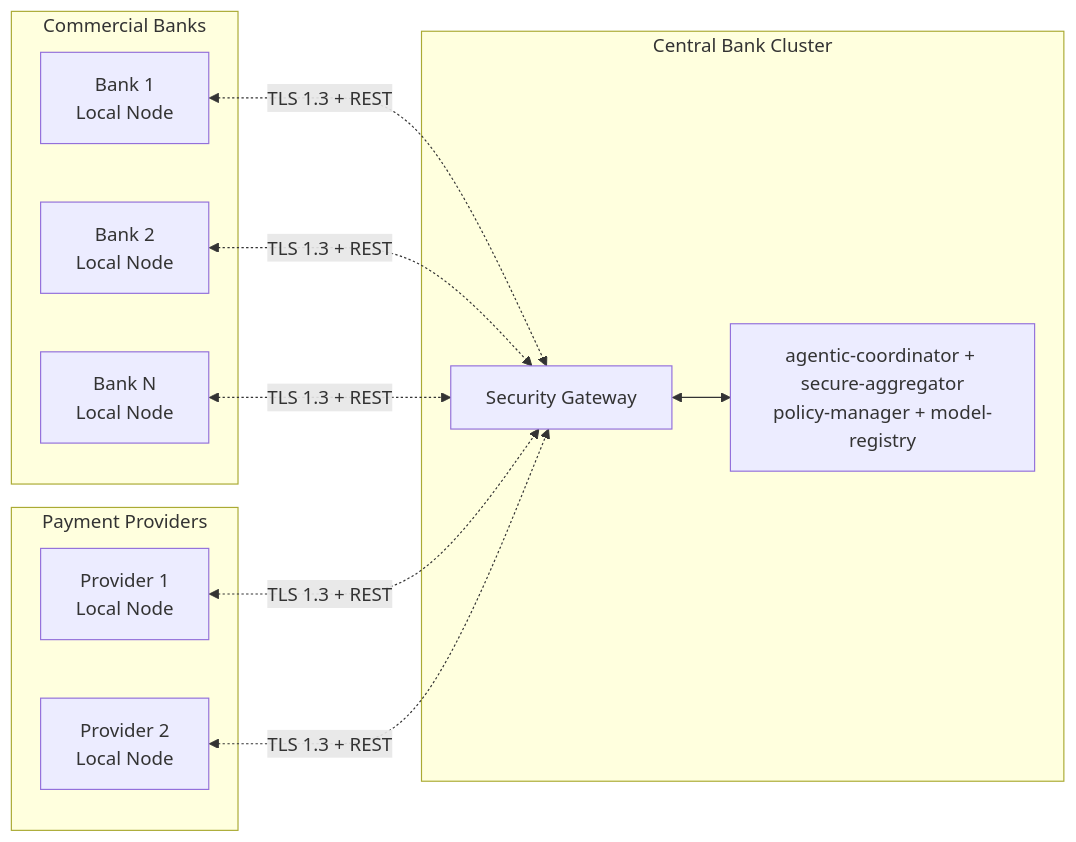
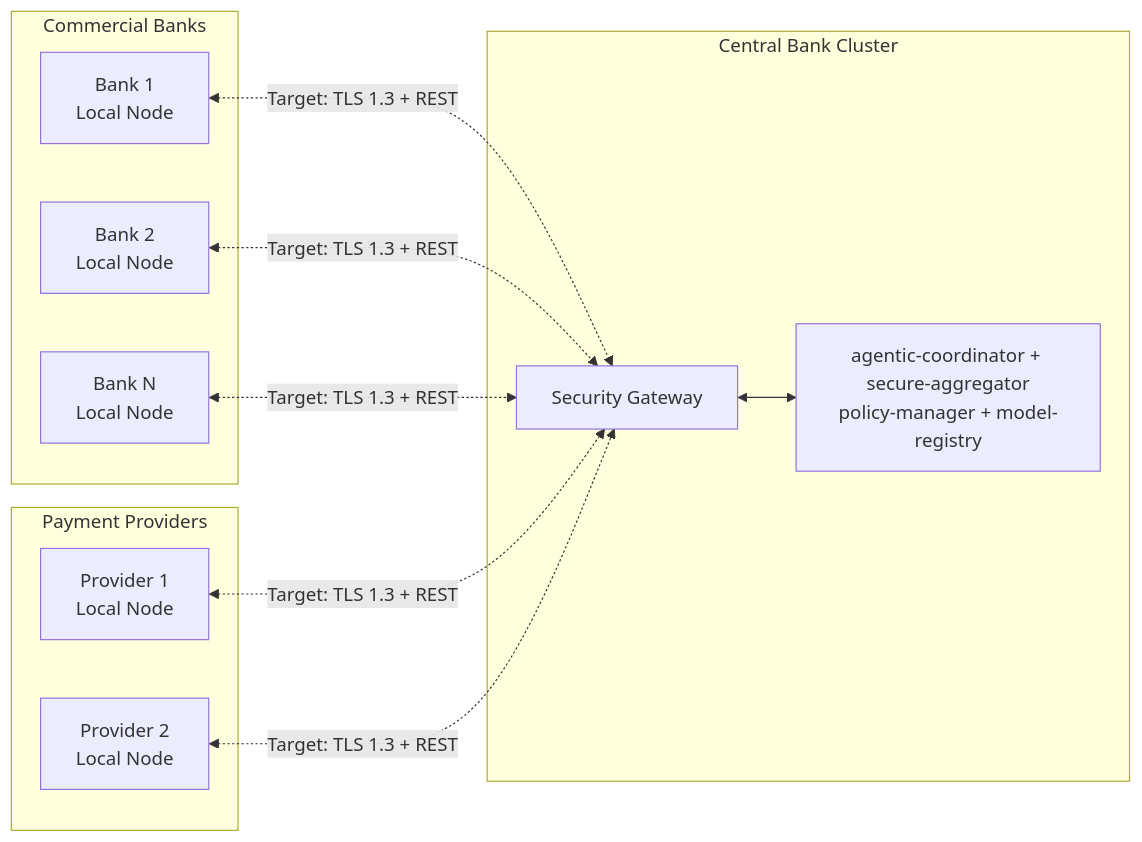
The second of 12 diagrams in doc/TECHNICAL-DESIGN.md (dayawansha/agentic-federated-cbdc-fraud-detection), drawn with Mermaid before and after one commit. The commit also changed other lines of this file and 57 other files, not shown here.

````diff
--- a/doc/TECHNICAL-DESIGN.md
+++ b/doc/TECHNICAL-DESIGN.md
@@ -137,25 +155,25 @@
 ```mermaid
 flowchart LR
     subgraph "Central Bank Cluster"
         CB["agentic-coordinator + secure-aggregator<br/>policy-manager + model-registry"]
         SEC["Security Gateway"]
     end
     
     subgraph "Commercial Banks"
         B1["Bank 1<br/>Local Node"]
         B2["Bank 2<br/>Local Node"]
         B3["Bank N<br/>Local Node"]
     end
     
     subgraph "Payment Providers"
         PP1["Provider 1<br/>Local Node"]
         PP2["Provider 2<br/>Local Node"]
     end
     
-    B1 <-.->|"TLS 1.3 + REST"| SEC
-    B2 <-.->|"TLS 1.3 + REST"| SEC
-    B3 <-.->|"TLS 1.3 + REST"| SEC
-    PP1 <-.->|"TLS 1.3 + REST"| SEC
-    PP2 <-.->|"TLS 1.3 + REST"| SEC
+    B1 <-.->|"Target: TLS 1.3 + REST"| SEC
+    B2 <-.->|"Target: TLS 1.3 + REST"| SEC
+    B3 <-.->|"Target: TLS 1.3 + REST"| SEC
+    PP1 <-.->|"Target: TLS 1.3 + REST"| SEC
+    PP2 <-.->|"Target: TLS 1.3 + REST"| SEC
     SEC <--> CB
 ```
````
